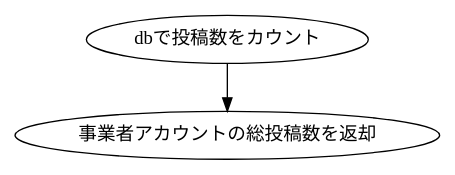
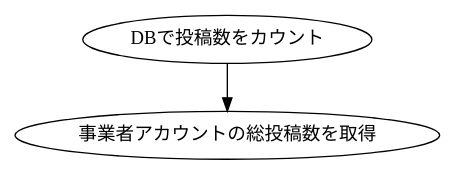
Before and after one commit to KUT-Group12/internal_design: the diagram in dot/sato/BusinessGetTotalPostNumber.dot, drawn with Graphviz. The commit also changed 12 other files, not shown here.

```diff
--- a/dot/sato/BusinessGetTotalPostNumber.dot
+++ b/dot/sato/BusinessGetTotalPostNumber.dot
@@ -1,8 +1,8 @@
 digraph G {
     #include "style.doth"
 
-    db[label = "dbで投稿数をカウント"]
-    post[label = "事業者アカウントの総投稿数を返却"]
+    db[label = "DBで投稿数をカウント"]
+    post[label = "事業者アカウントの総投稿数を取得"]
 
     db -> post
 }
```
